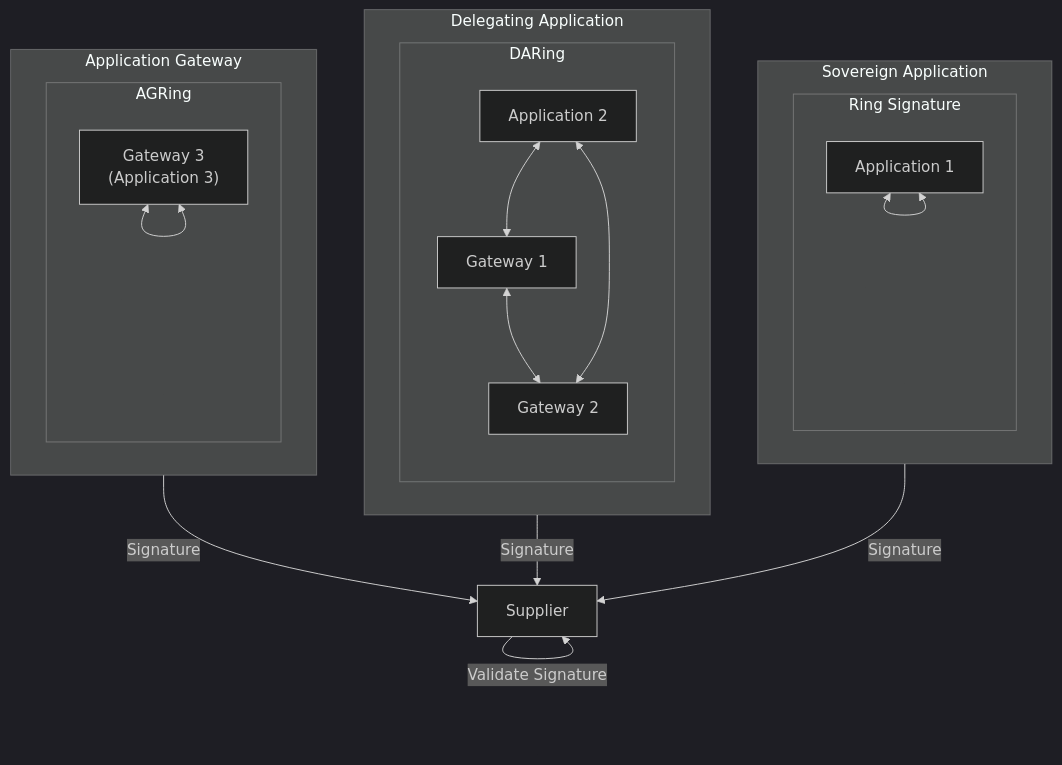
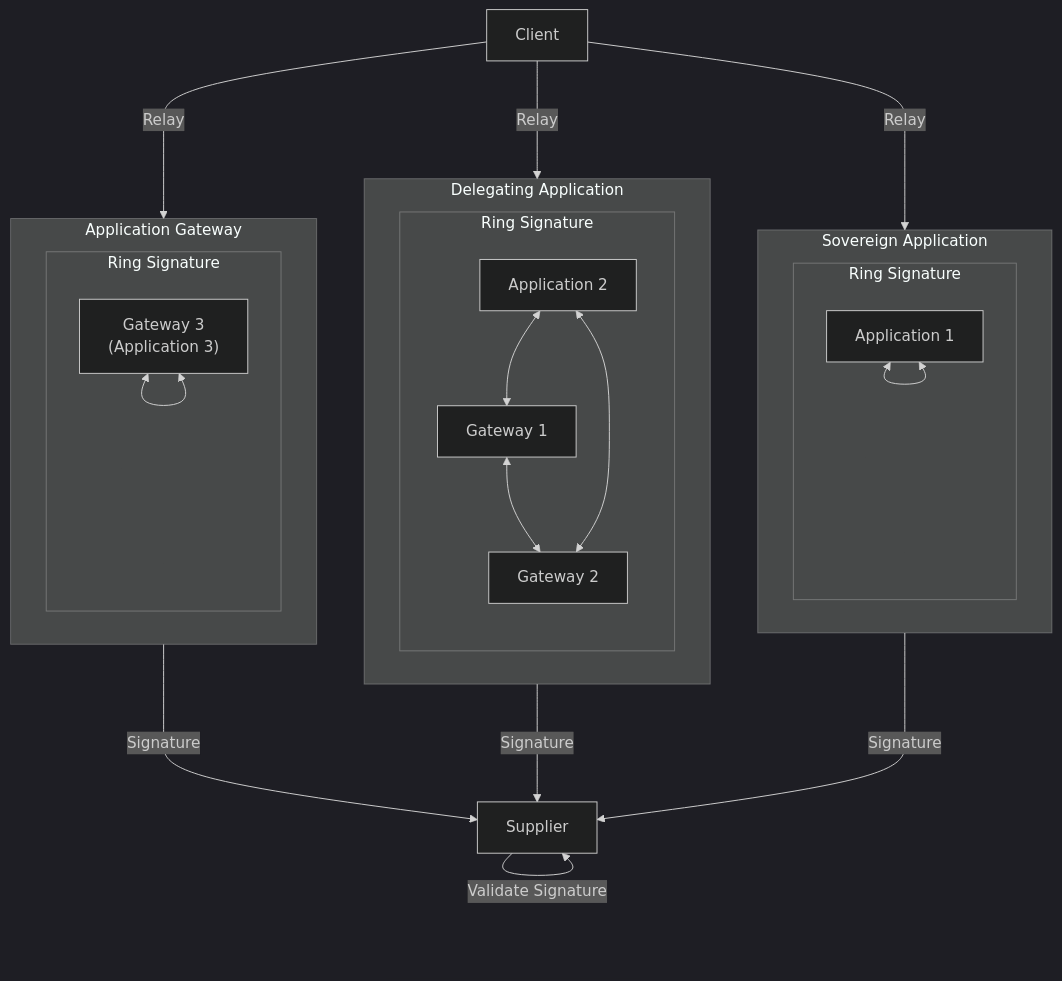
Before and after one commit to pokt-network/poktroll: the fifth of 7 diagrams in docusaurus/docs/protocol/gateways.md, drawn with Mermaid (dark theme). The commit also changed 3 other files, not shown here.

````diff
--- a/docusaurus/docs/protocol/gateways.md
+++ b/docusaurus/docs/protocol/gateways.md
@@ -229,36 +229,40 @@
 ```mermaid
 flowchart
     S[Supplier]
+    C[Client]
 
     subgraph SA[Sovereign Application]
         subgraph SARing[Ring Signature]
             A1[Application 1]
             A1 <--> A1
         end
     end
 
     subgraph DA[Delegating Application]
-        subgraph DARing
+        subgraph DARing[Ring Signature]
             A2[Application 2]
             G1[Gateway 1]
             G2[Gateway 2]
             A2 <--> G1
             G1 <--> G2
             G2 <--> A2
         end
     end
 
     subgraph AG[Application Gateway]
-        subgraph AGRing
+        subgraph AGRing[Ring Signature]
             G3["Gateway 3<br>(Application 3)"]
             G3 <--> G3
         end
     end
 
+    C --->|Relay| SA
+    C -->|Relay| AG
+    C -->|Relay| DA
 
-    AG --Signature--> S
-    DA --Signature--> S
-    SA --Signature--> S
+    AG --->|Signature| S
+    DA --->|Signature| S
+    SA --->|Signature| S
 
     S-->|Validate Signature| S
 ```
````
